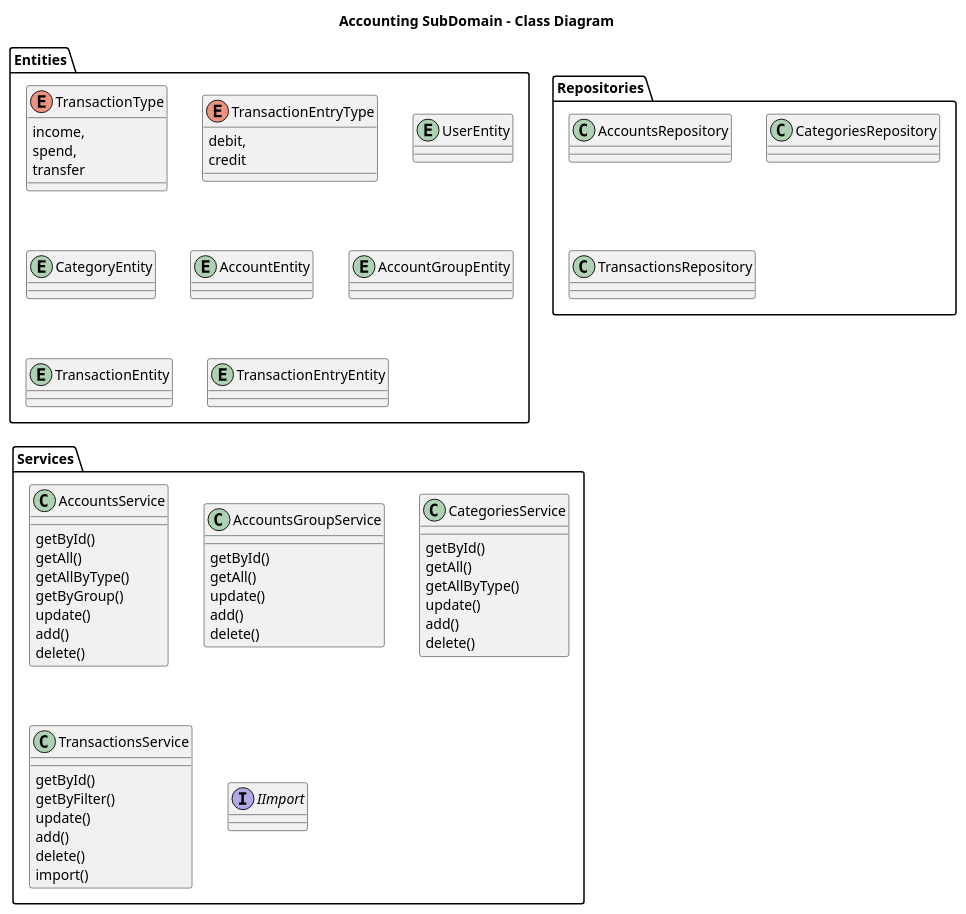
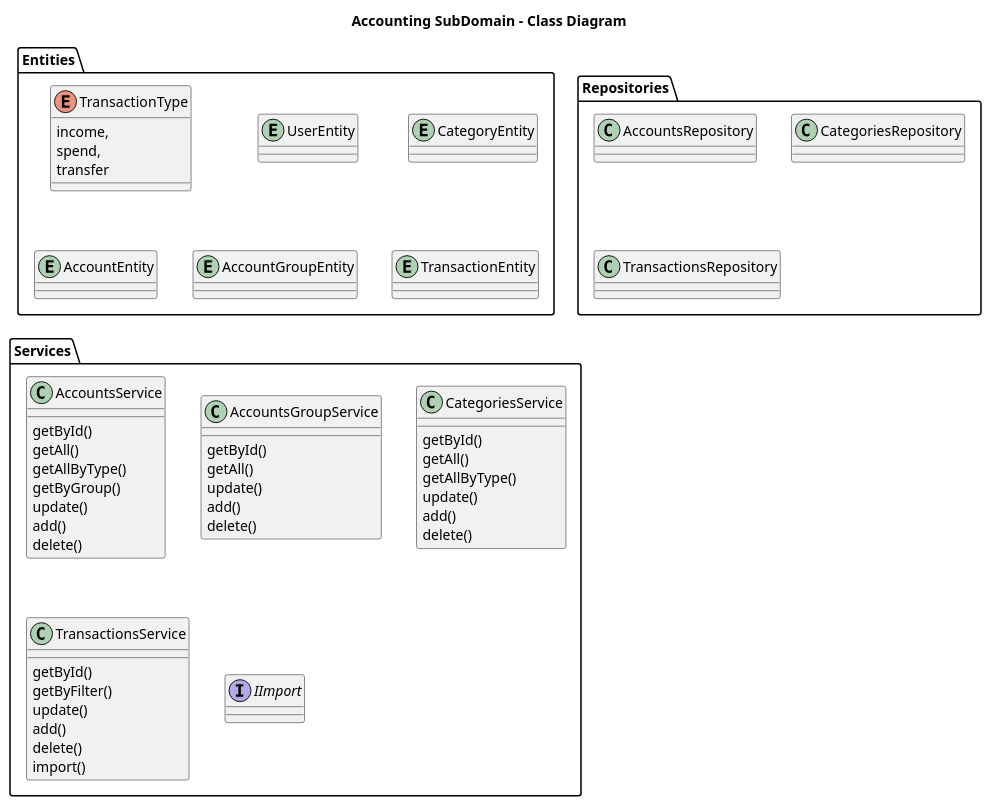
One commit to tokarev-yuriy/moneyKeeper changed the diagram in docs/diagrams/src/accounting.puml. Above: the diagram before and after it, drawn with PlantUML. The commit also changed 5 other files, not shown here.

Commit message:
Transaction entity and tests

```diff
--- a/docs/diagrams/src/accounting.puml
+++ b/docs/diagrams/src/accounting.puml
@@ -1,69 +1,64 @@
 @startuml
 
 title Accounting SubDomain - Class Diagram
 
 folder Entities {
   enum TransactionType {
     income,
     spend,
     transfer
   }
-  enum TransactionEntryType {
-    debit,
-    credit
-  }
   entity UserEntity
   entity CategoryEntity
   entity AccountEntity
   entity AccountGroupEntity
   entity TransactionEntity
-  entity TransactionEntryEntity
 }
 
 folder Repositories {
   class AccountsRepository
   class CategoriesRepository
   class TransactionsRepository
 }
 
 folder Services {
   class AccountsService {
     getById()
     getAll()
     getAllByType()
     getByGroup()
     update()
     add()
     delete()
   }
 
   class AccountsGroupService {
     getById()
     getAll()
     update()
     add()
     delete()
   }
 
   class CategoriesService {
     getById()
     getAll()
     getAllByType()
     update()
     add()
     delete()
   }
 
   class TransactionsService {
     getById()
     getByFilter()
     update()
     add()
     delete()
     import()
   }
 
   interface IImport
 }
 
 @enduml
```
